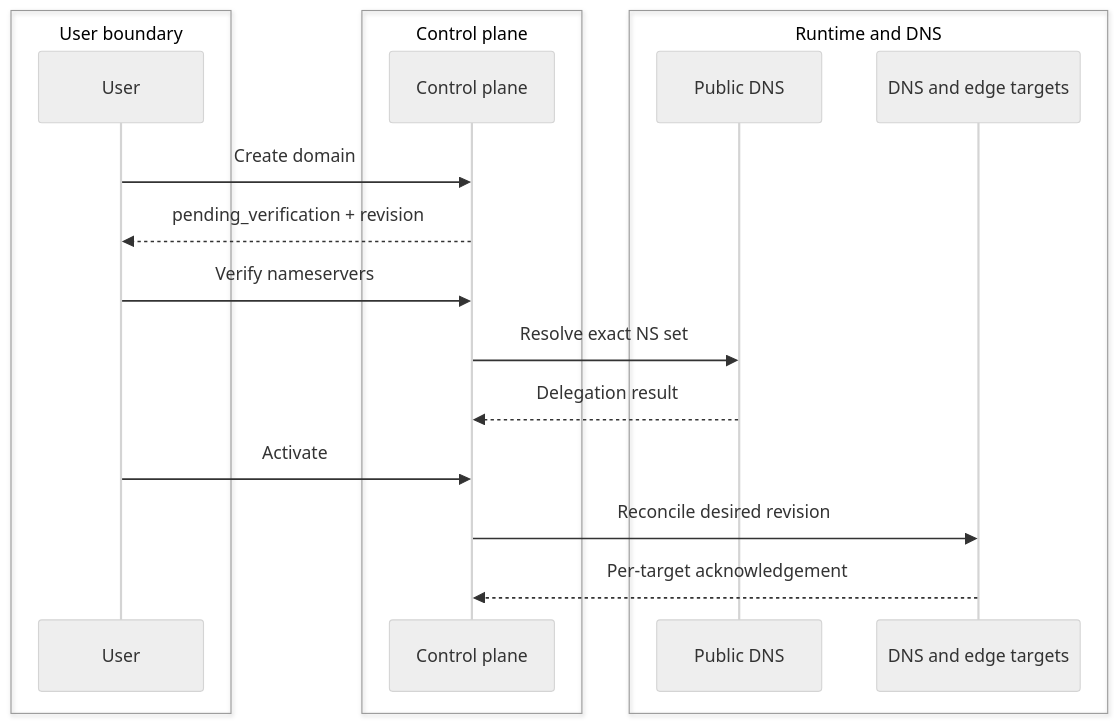
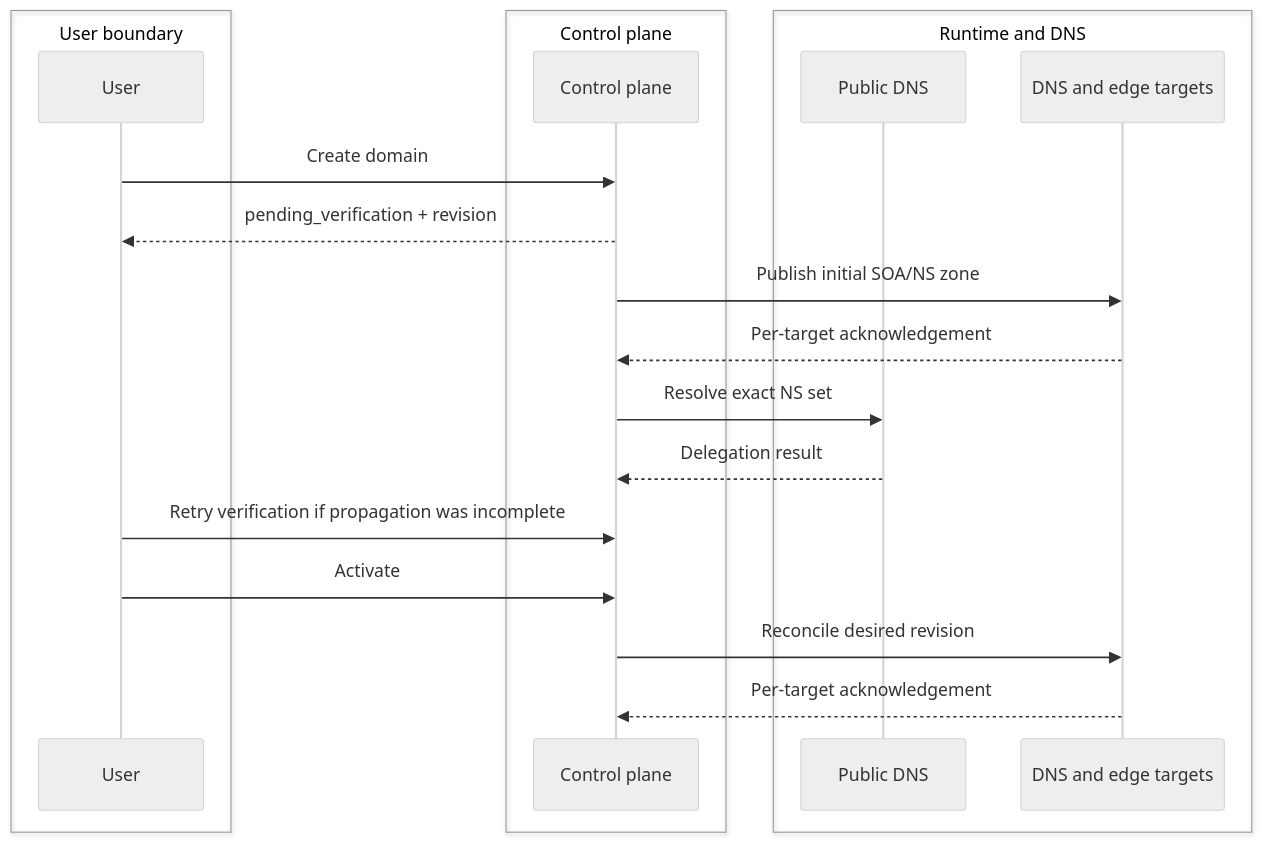
One commit to vaheed/CDNFoundry changed the diagram in docs/guides/domains.md. Above: the diagram before and after it, drawn with Mermaid (neutral theme). The commit also changed other lines of this file and 13 other files, not shown here.

````diff
--- a/docs/guides/domains.md
+++ b/docs/guides/domains.md
@@ -16,21 +16,23 @@
 ```mermaid
 sequenceDiagram
     box User boundary
       participant User
     end
     box Control plane
       participant CP as Control plane
     end
     box Runtime and DNS
       participant PublicDNS as Public DNS
       participant Targets as DNS and edge targets
     end
     User->>CP: Create domain
     CP-->>User: pending_verification + revision
-    User->>CP: Verify nameservers
+    CP->>Targets: Publish initial SOA/NS zone
+    Targets-->>CP: Per-target acknowledgement
     CP->>PublicDNS: Resolve exact NS set
     PublicDNS-->>CP: Delegation result
+    User->>CP: Retry verification if propagation was incomplete
     User->>CP: Activate
     CP->>Targets: Reconcile desired revision
     Targets-->>CP: Per-target acknowledgement
 ```
````
